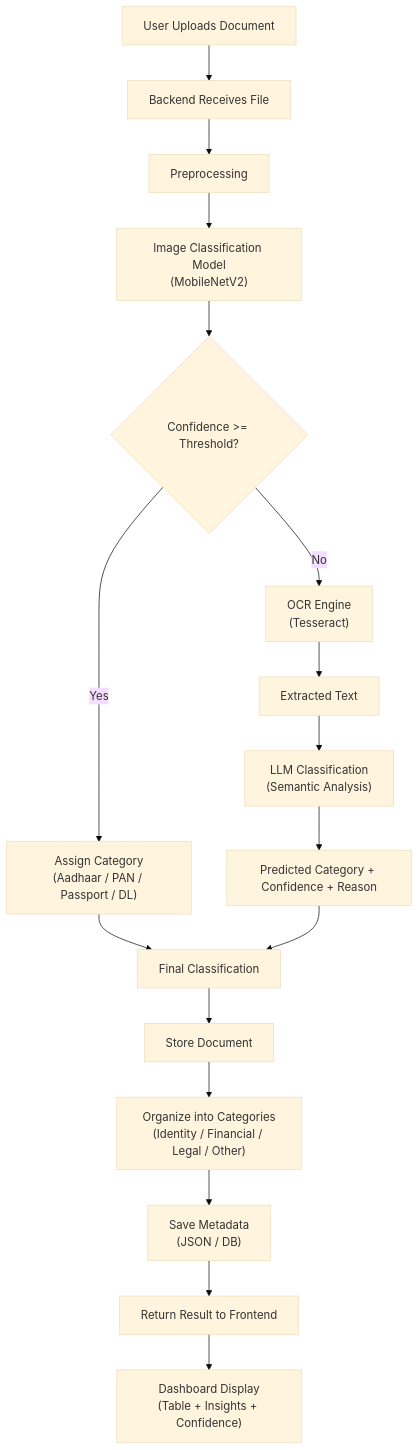
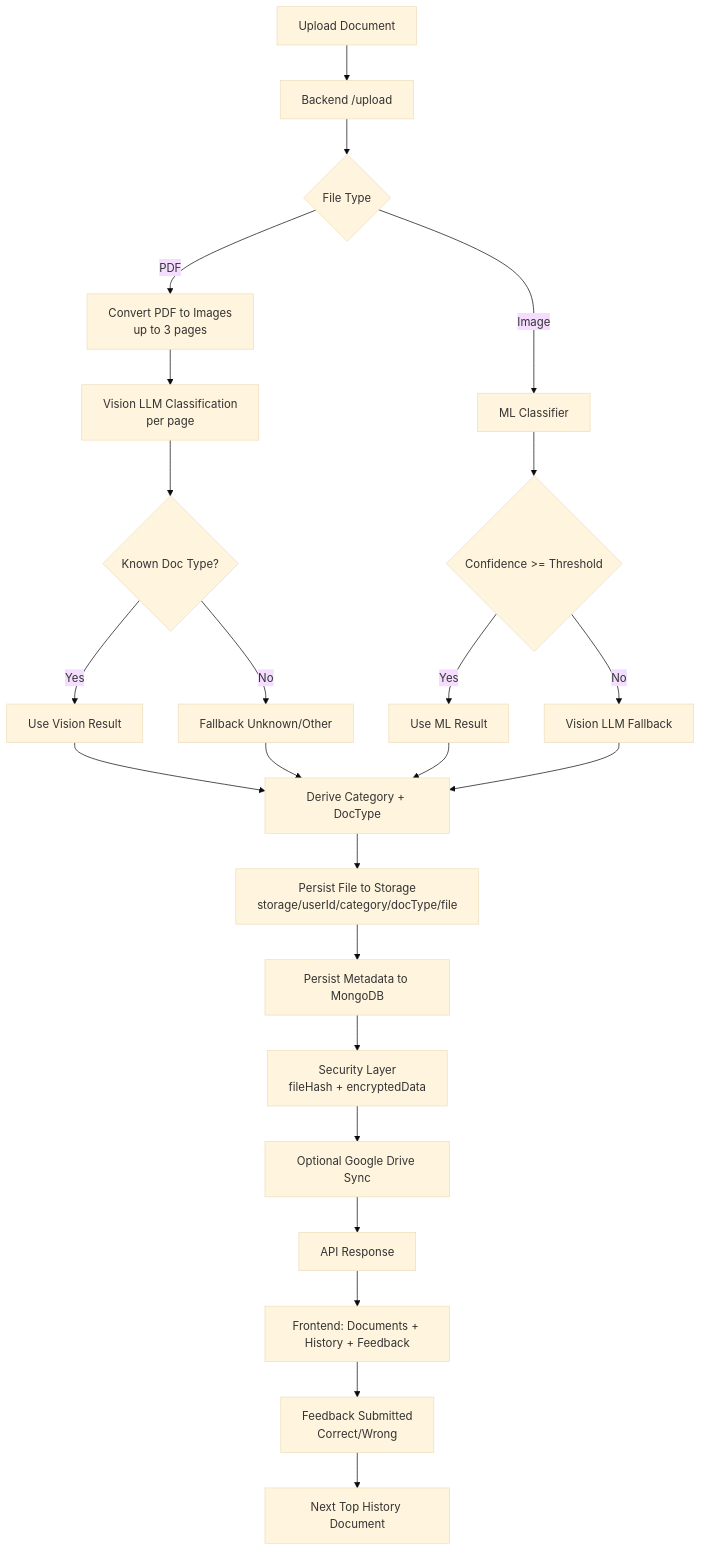
Before and after one commit to Yugenjr/ParseFlow: the diagram in README.md, drawn with Mermaid (base theme). The commit also changed other lines of this file and 16 other files, not shown here.

````diff
--- a/README.md
+++ b/README.md
@@ -67,30 +17,31 @@
 ```mermaid
 flowchart TD
+    A[Upload Document] --> B[Backend /upload]
+    B --> C{File Type}
 
-    A["User Uploads Document"] --> B["Backend Receives File"]
+    C -->|PDF| D[Convert PDF to Images\nup to 3 pages]
+    D --> E[Vision LLM Classification\nper page]
+    E --> F{Known Doc Type?}
+    F -->|Yes| G[Use Vision Result]
+    F -->|No| H[Fallback Unknown/Other]
 
-    B --> C["Preprocessing"]
-    C --> D["Image Classification Model<br>(MobileNetV2)"]
+    C -->|Image| I[ML Classifier]
+    I --> J{Confidence >= Threshold}
+    J -->|Yes| K[Use ML Result]
+    J -->|No| L[Vision LLM Fallback]
 
-    D --> E{"Confidence >= Threshold?"}
+    G --> M[Derive Category + DocType]
+    H --> M
+    K --> M
+    L --> M
 
-    E -- Yes --> F["Assign Category<br>(Aadhaar / PAN / Passport / DL)"]
-    E -- No --> G["OCR Engine<br>(Tesseract)"]
+    M --> N[Persist File to Storage\nstorage/userId/category/docType/file]
+    N --> O[Persist Metadata to MongoDB]
+    O --> P[Security Layer\nfileHash + encryptedData]
+    P --> Q[Optional Google Drive Sync]
+    Q --> R[API Response]
 
-    G --> H["Extracted Text"]
-    H --> I["LLM Classification<br>(Semantic Analysis)"]
-
-    I --> J["Predicted Category + Confidence + Reason"]
-
-    F --> K["Final Classification"]
-    J --> K
-
-    K --> L["Store Document"]
-    L --> M["Organize into Categories<br>(Identity / Financial / Legal / Other)"]
-
-    M --> N["Save Metadata<br>(JSON / DB)"]
-
-    N --> O["Return Result to Frontend"]
-
-    O --> P["Dashboard Display<br>(Table + Insights + Confidence)"]
+    R --> S[Frontend: Documents + History + Feedback]
+    S --> T[Feedback Submitted\nCorrect/Wrong]
+    T --> U[Next Top History Document]
 ```
````
